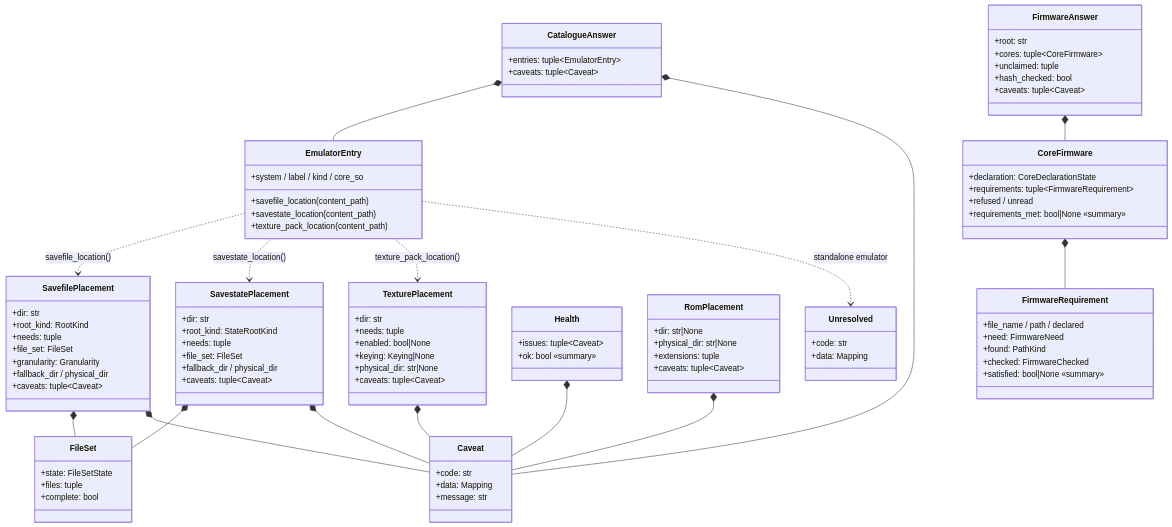
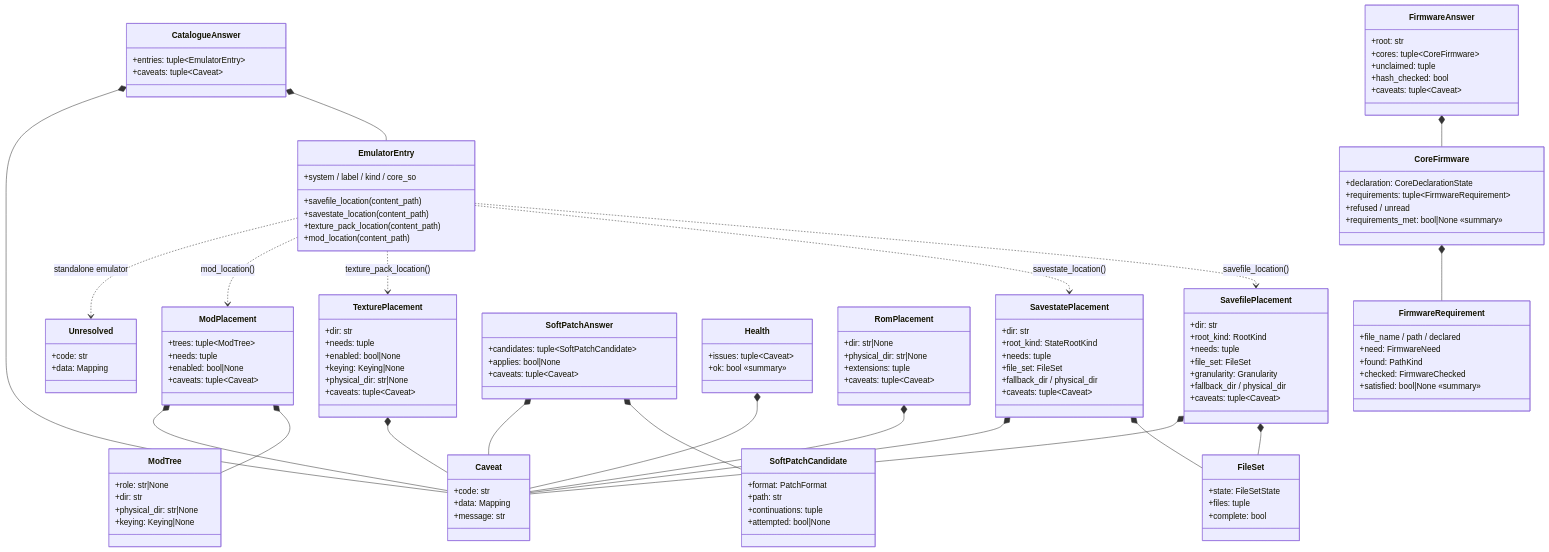
One commit to danielcopper/emu-atlas changed the third of 3 diagrams in docs/architecture.md. Above: the diagram before and after it, drawn with Mermaid. The commit also changed other lines of this file and 20 other files, not shown here.

```diff
--- a/docs/architecture.md
+++ b/docs/architecture.md
@@ -141,6 +143,29 @@
         +physical_dir: str|None
         +caveats: tuple~Caveat~
     }
+    class ModPlacement {
+        +trees: tuple~ModTree~
+        +needs: tuple
+        +enabled: bool|None
+        +caveats: tuple~Caveat~
+    }
+    class ModTree {
+        +role: str|None
+        +dir: str
+        +physical_dir: str|None
+        +keying: Keying|None
+    }
+    class SoftPatchAnswer {
+        +candidates: tuple~SoftPatchCandidate~
+        +applies: bool|None
+        +caveats: tuple~Caveat~
+    }
+    class SoftPatchCandidate {
+        +format: PatchFormat
+        +path: str
+        +continuations: tuple
+        +attempted: bool|None
+    }
     class FileSet {
         +state: FileSetState
         +files: tuple
@@ -165,6 +190,7 @@
         +savefile_location(content_path)
         +savestate_location(content_path)
         +texture_pack_location(content_path)
+        +mod_location(content_path)
     }
     class FirmwareAnswer {
         +root: str
@@ -201,12 +227,17 @@
     SavefilePlacement *-- FileSet
     SavefilePlacement *-- Caveat
     TexturePlacement *-- Caveat
+    ModPlacement *-- ModTree
+    ModPlacement *-- Caveat
+    SoftPatchAnswer *-- SoftPatchCandidate
+    SoftPatchAnswer *-- Caveat
     CatalogueAnswer *-- EmulatorEntry
     CatalogueAnswer *-- Caveat
     RomPlacement *-- Caveat
     EmulatorEntry ..> SavefilePlacement : savefile_location()
     EmulatorEntry ..> SavestatePlacement : savestate_location()
     EmulatorEntry ..> TexturePlacement : texture_pack_location()
+    EmulatorEntry ..> ModPlacement : mod_location()
     EmulatorEntry ..> Unresolved : standalone emulator
     FirmwareAnswer *-- CoreFirmware
     CoreFirmware *-- FirmwareRequirement
```
